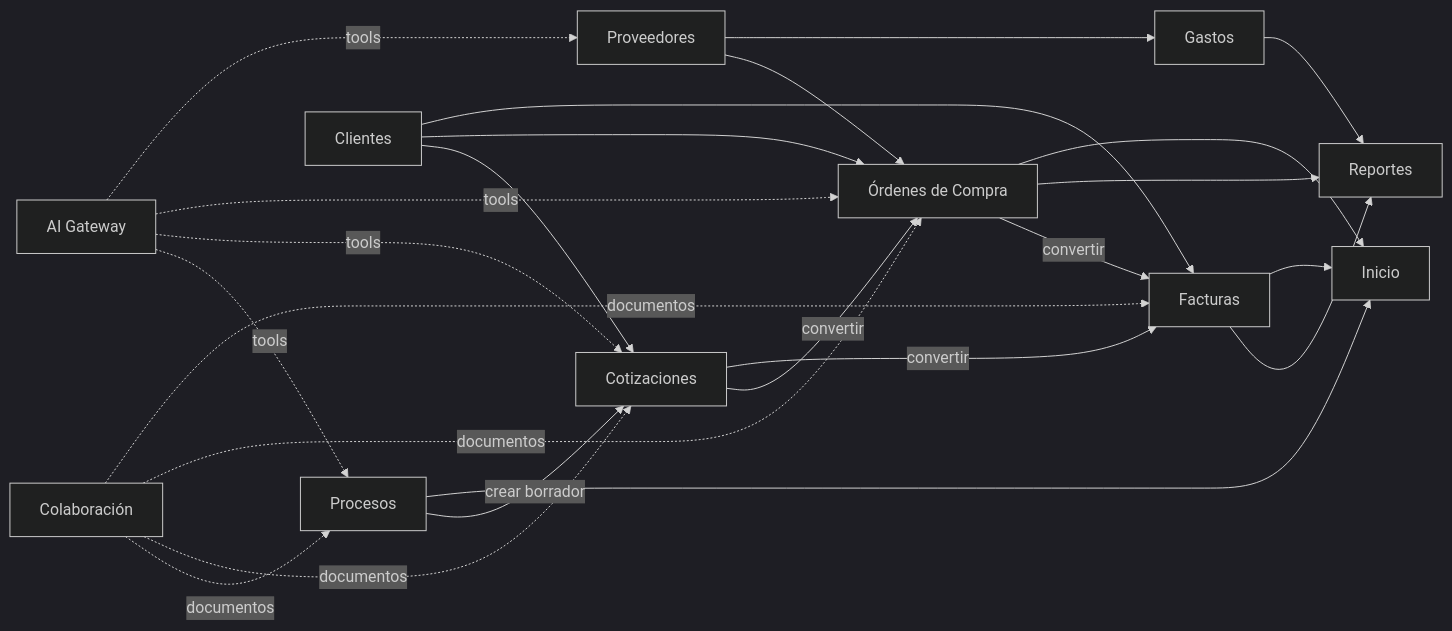
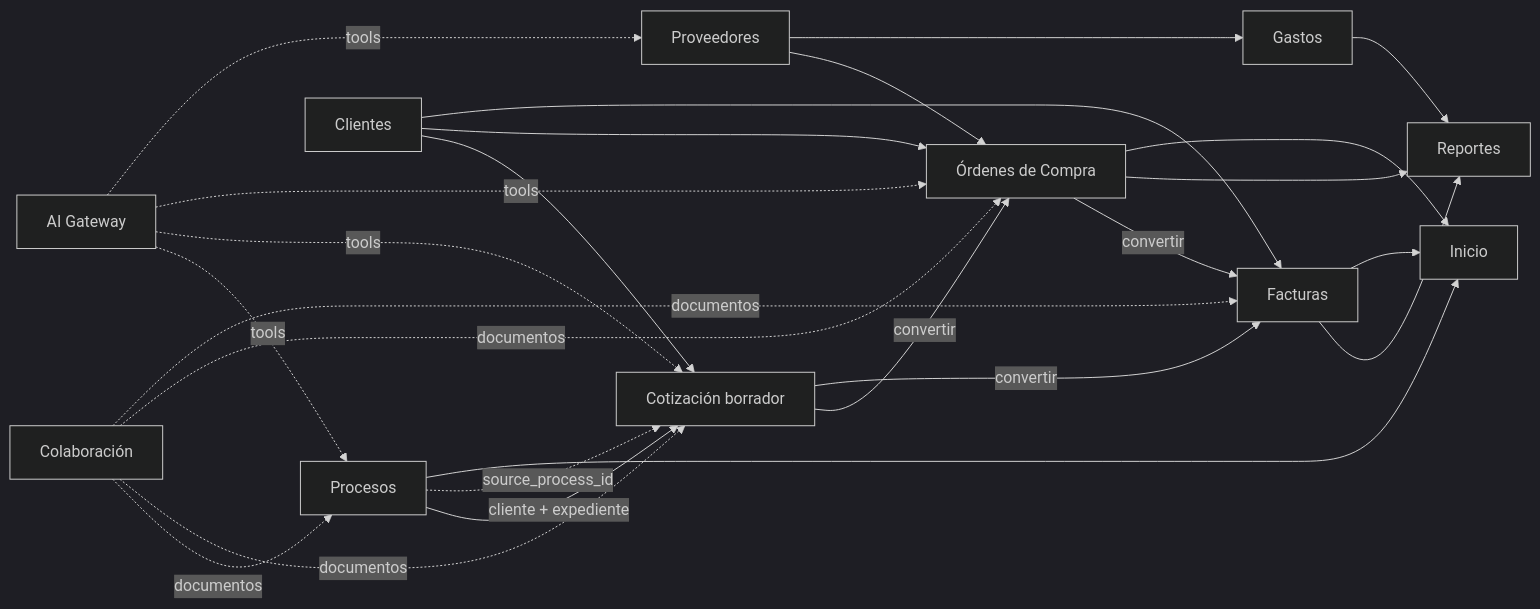
One commit to Ahcast/Bastion changed the second of 2 diagrams in docs/architecture/oficina-ai-v2.md. Above: the diagram before and after it, drawn with Mermaid (dark theme). The commit also changed other lines of this file, not shown here.

Commit message:
docs: fijar integración proceso a cotización en arquitectura v2

````diff
--- a/docs/architecture/oficina-ai-v2.md
+++ b/docs/architecture/oficina-ai-v2.md
@@ -167,32 +167,33 @@
 ```mermaid
 flowchart LR
-    P[Procesos] -->|crear borrador| Q[Cotizaciones]
+    P[Procesos] -->|cliente + expediente| Q[Cotización borrador]
+    P -. source_process_id .-> Q
     C[Clientes] --> Q
     C --> O[Órdenes de Compra]
     C --> I[Facturas]
 
     Q -->|convertir| O
     Q -->|convertir| I
     O -->|convertir| I
 
     S[Proveedores] --> O
     S --> G[Gastos]
 
     I --> R[Reportes]
     O --> R
     G --> R
 
     I --> D[Inicio]
     O --> D
     P --> D
 
     COL[Colaboración] -. documentos .-> P
     COL -. documentos .-> Q
     COL -. documentos .-> O
     COL -. documentos .-> I
 
     AI[AI Gateway] -. tools .-> P
     AI -. tools .-> Q
     AI -. tools .-> O
     AI -. tools .-> S
 ```
````
